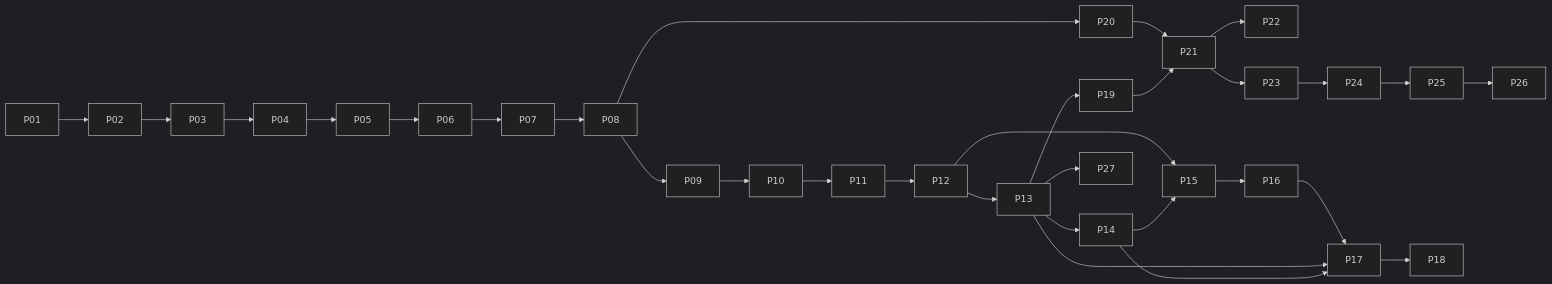
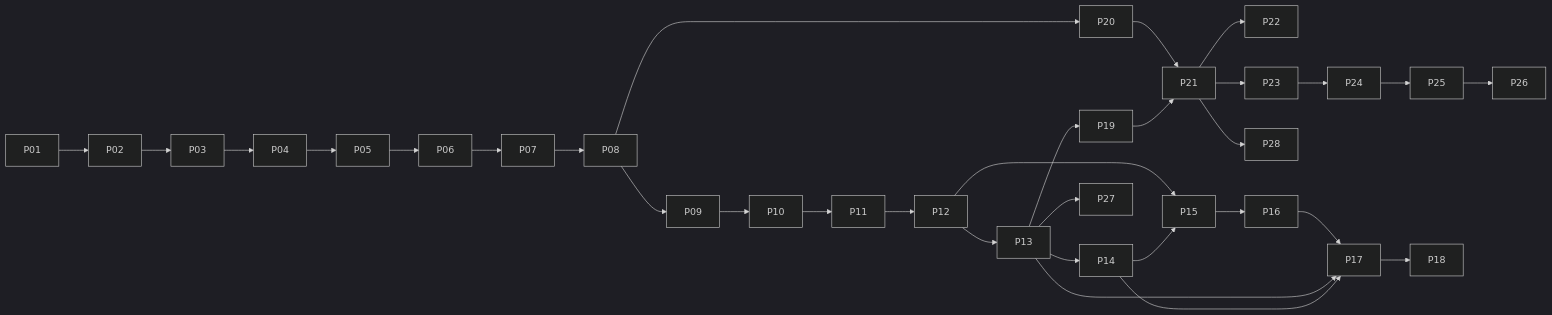
The diagram in docs/implementation-plan.md (takemo101/ambien), drawn with Mermaid (dark theme) before and after one commit. The commit also changed other lines of this file and 7 other files, not shown here.

````diff
--- a/docs/implementation-plan.md
+++ b/docs/implementation-plan.md
@@ -108,17 +108,18 @@
 ```mermaid
 flowchart LR
  P01 --> P02 --> P03 --> P04 --> P05 --> P06 --> P07 --> P08 --> P09 --> P10 --> P11 --> P12 --> P13 --> P14
  P12 --> P15
  P13 --> P19
  P08 --> P20
  P20 --> P21
  P19 --> P21
  P21 --> P22
  P21 --> P23
  P23 --> P24 --> P25
  P13 --> P27
+ P21 --> P28
  P25 --> P26
  P14 --> P15 --> P16 --> P17 --> P18
  P13 --> P17
  P14 --> P17
 ```
````
